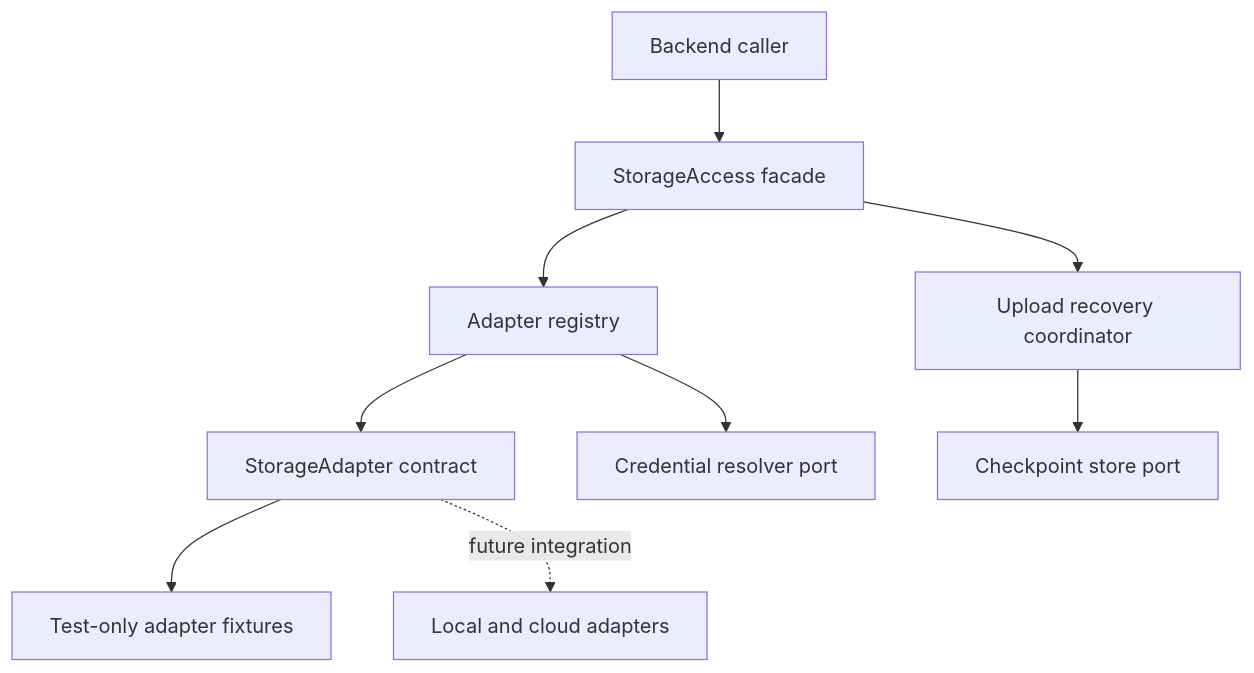
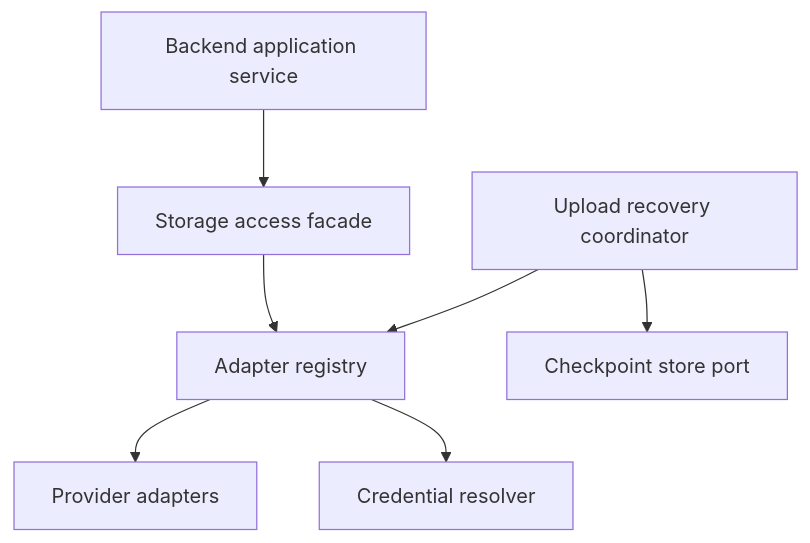
Before and after one commit to Last-Order/TerraCommander: the diagram in docs/storage-abstraction.md, drawn with Mermaid. The commit also changed other lines of this file and 6 other files, not shown here.

Commit message:
docs: streamline architecture guidance and source references

````diff
--- a/docs/storage-abstraction.md
+++ b/docs/storage-abstraction.md
@@ -29,11 +9,9 @@
 ```mermaid
 flowchart TD
-    Caller[Backend caller] --> Access[StorageAccess facade]
+    Caller[Backend application service] --> Access[Storage access facade]
     Access --> Registry[Adapter registry]
-    Registry --> Port[StorageAdapter contract]
-    Port --> Fixtures[Test-only adapter fixtures]
-    Port -. future integration .-> Providers[Local and cloud adapters]
-    Access --> Recovery[Upload recovery coordinator]
+    Registry --> Adapters[Provider adapters]
+    Registry --> Credentials[Credential resolver]
+    Recovery[Upload recovery coordinator] --> Registry
     Recovery --> Checkpoints[Checkpoint store port]
-    Registry --> Credentials[Credential resolver port]
 ```
````
